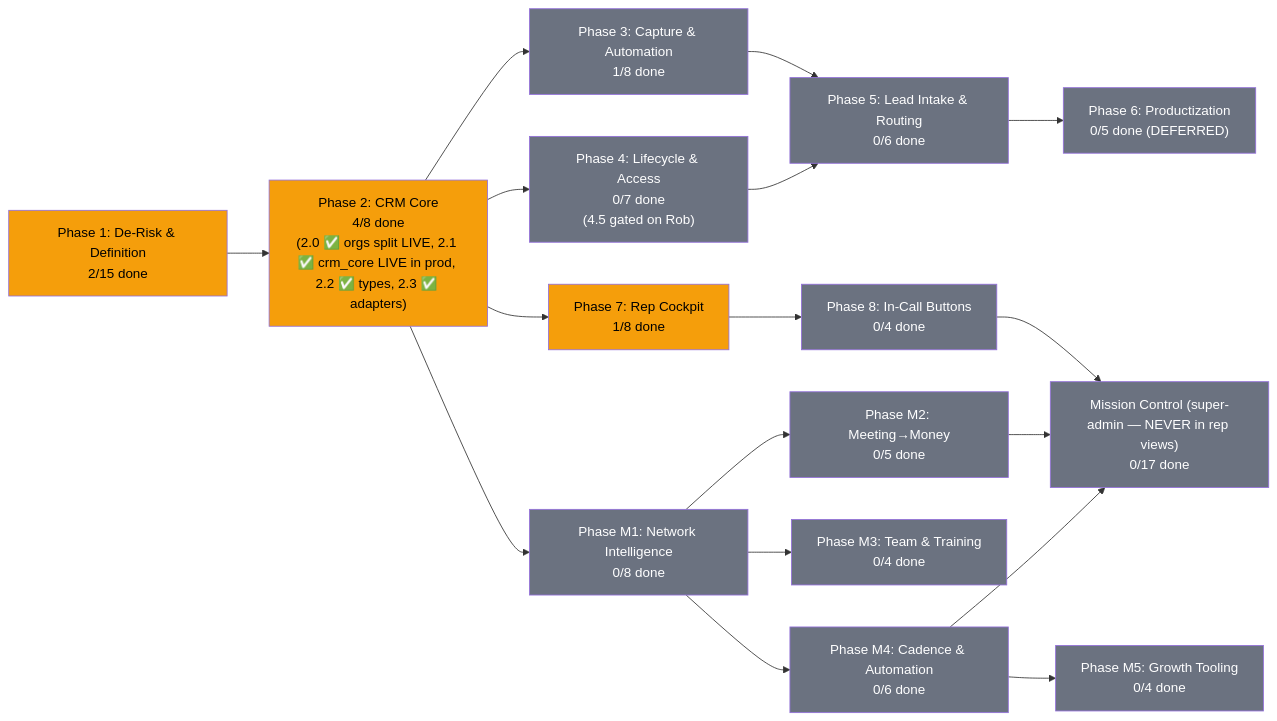
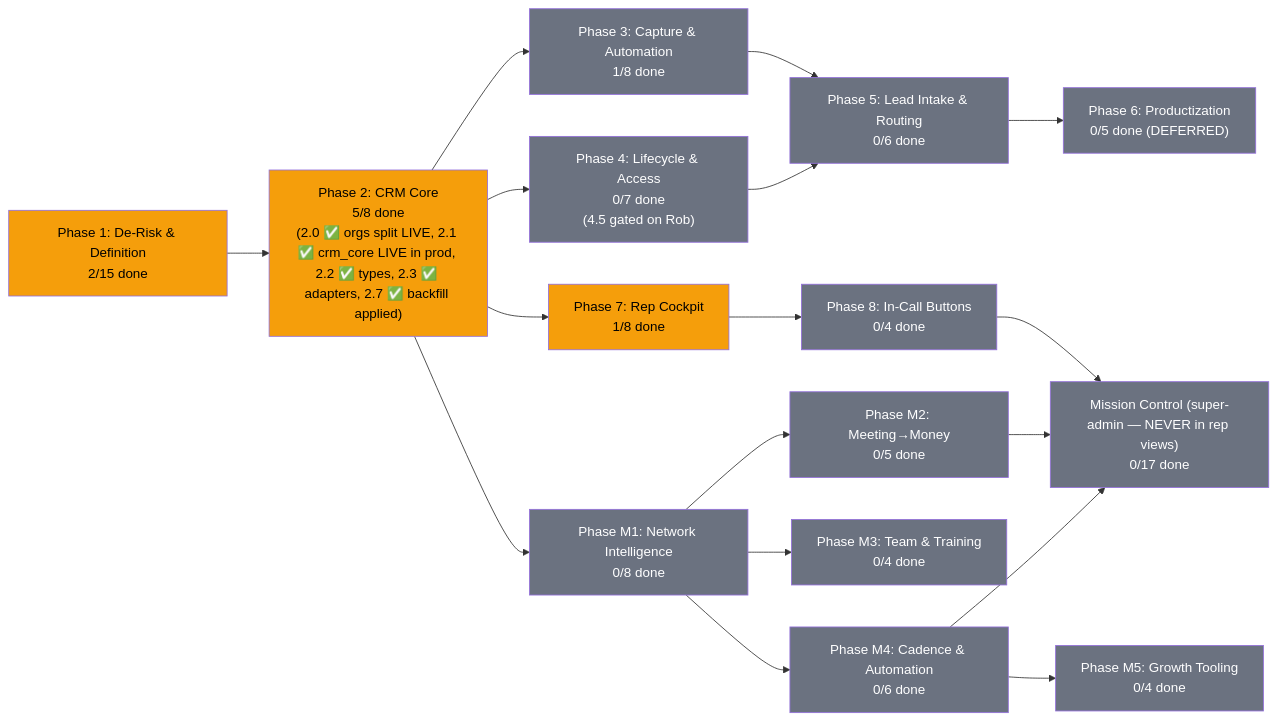
One commit to blacklabelbob/mle-rob-dashboard changed the diagram in docs/plans/PRD-mle-crm.md. Above: the diagram before and after it, drawn with Mermaid. The commit also changed other lines of this file and 3 other files, not shown here.

Commit message:
Q9 inc.5 (Task 2.7 CLOSED): backfill-crm.mjs APPLIED — 6 deals/$41k == source rows, person↔org merge kills the caleb+CG double-count, demo fiction excluded, idempotency proven live (re-run 0 inserts); 10 planner tests (120/120); PRD v3.1.14 (P2 5/8); Q9 = critic-rob only

````diff
--- a/docs/plans/PRD-mle-crm.md
+++ b/docs/plans/PRD-mle-crm.md
@@ -24,34 +24,34 @@
 ```mermaid
 flowchart LR
-    P1["Phase 1: De-Risk & Definition<br/>2/15 done"] --> P2["Phase 2: CRM Core<br/>4/8 done<br/>(2.0 ✅ orgs split LIVE, 2.1 ✅ crm_core LIVE in prod, 2.2 ✅ types, 2.3 ✅ adapters)"]
+    P1["Phase 1: De-Risk & Definition<br/>2/15 done"] --> P2["Phase 2: CRM Core<br/>5/8 done<br/>(2.0 ✅ orgs split LIVE, 2.1 ✅ crm_core LIVE in prod, 2.2 ✅ types, 2.3 ✅ adapters, 2.7 ✅ backfill applied)"]
     P2 --> P3["Phase 3: Capture & Automation<br/>1/8 done"]
     P2 --> P4["Phase 4: Lifecycle & Access<br/>0/7 done<br/>(4.5 gated on Rob)"]
     P2 --> P7["Phase 7: Rep Cockpit<br/>1/8 done"]
     P7 --> P8["Phase 8: In-Call Buttons<br/>0/4 done"]
     P3 --> P5["Phase 5: Lead Intake & Routing<br/>0/6 done"]
     P4 --> P5
     P5 --> P6["Phase 6: Productization<br/>0/5 done (DEFERRED)"]
     P2 --> M1["Phase M1: Network Intelligence<br/>0/8 done"]
     M1 --> M2["Phase M2: Meeting→Money<br/>0/5 done"]
     M1 --> M3["Phase M3: Team & Training<br/>0/4 done"]
     M1 --> M4["Phase M4: Cadence & Automation<br/>0/6 done"]
     M4 --> M5["Phase M5: Growth Tooling<br/>0/4 done"]
     P8 --> MC["Mission Control (super-admin — NEVER in rep views)<br/>0/17 done"]
     M2 --> MC
     M4 --> MC
 
     style P1 fill:#f59e0b,color:#000
     style P2 fill:#f59e0b,color:#000
     style P3 fill:#6b7280,color:#fff
     style P4 fill:#6b7280,color:#fff
     style P5 fill:#6b7280,color:#fff
     style P6 fill:#6b7280,color:#fff
     style P7 fill:#f59e0b,color:#000
     style P8 fill:#6b7280,color:#fff
     style M1 fill:#6b7280,color:#fff
     style M2 fill:#6b7280,color:#fff
     style M3 fill:#6b7280,color:#fff
     style M4 fill:#6b7280,color:#fff
     style M5 fill:#6b7280,color:#fff
     style MC fill:#6b7280,color:#fff
 ```
````
